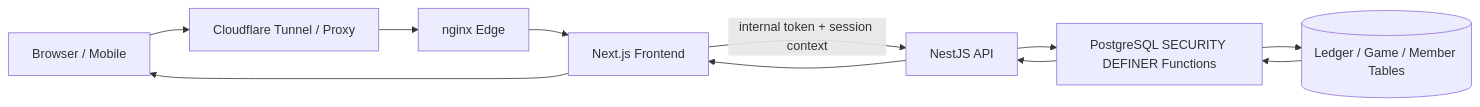
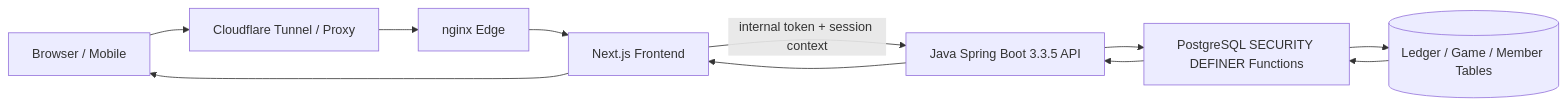
One commit to wtrdd1-hash/Woldeok-Moneyverse-Migration changed the second of 3 diagrams in README.md. Above: the diagram before and after it, drawn with Mermaid. The commit also changed other lines of this file and 2 other files, not shown here.

Commit message:
docs: finalize 100% full spring boot transition report and 89-controller cross-verification matrix (#3194)

````diff
--- a/README.md
+++ b/README.md
@@ -120,13 +120,13 @@
 ```mermaid
 flowchart LR
     U[Browser / Mobile] --> CF[Cloudflare Tunnel / Proxy]
     CF --> E[nginx Edge]
     E --> FE[Next.js Frontend]
-    FE -->|internal token + session context| API[NestJS API]
+    FE -->|internal token + session context| API[Java Spring Boot 3.3.5 API]
     API --> FN[PostgreSQL SECURITY DEFINER Functions]
     FN --> DB[(Ledger / Game / Member Tables)]
     DB --> FN
     FN --> API
     API --> FE
     FE --> U
 ```
````
